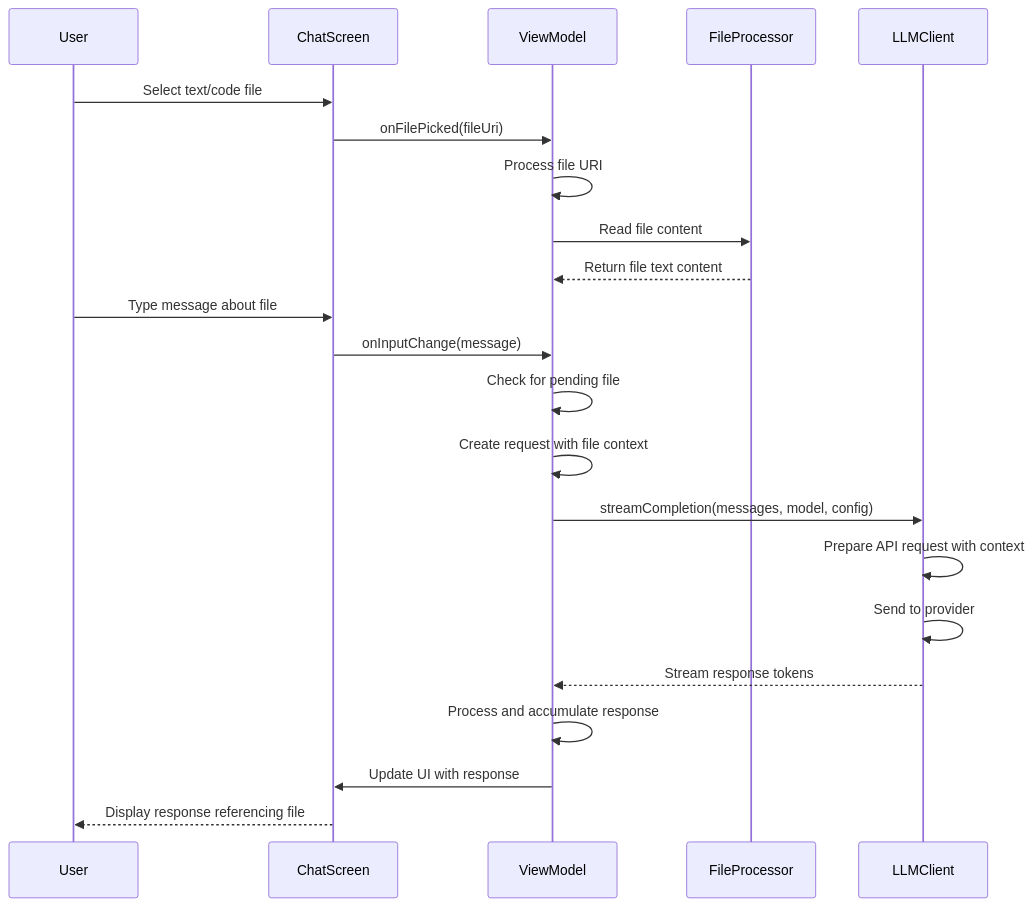
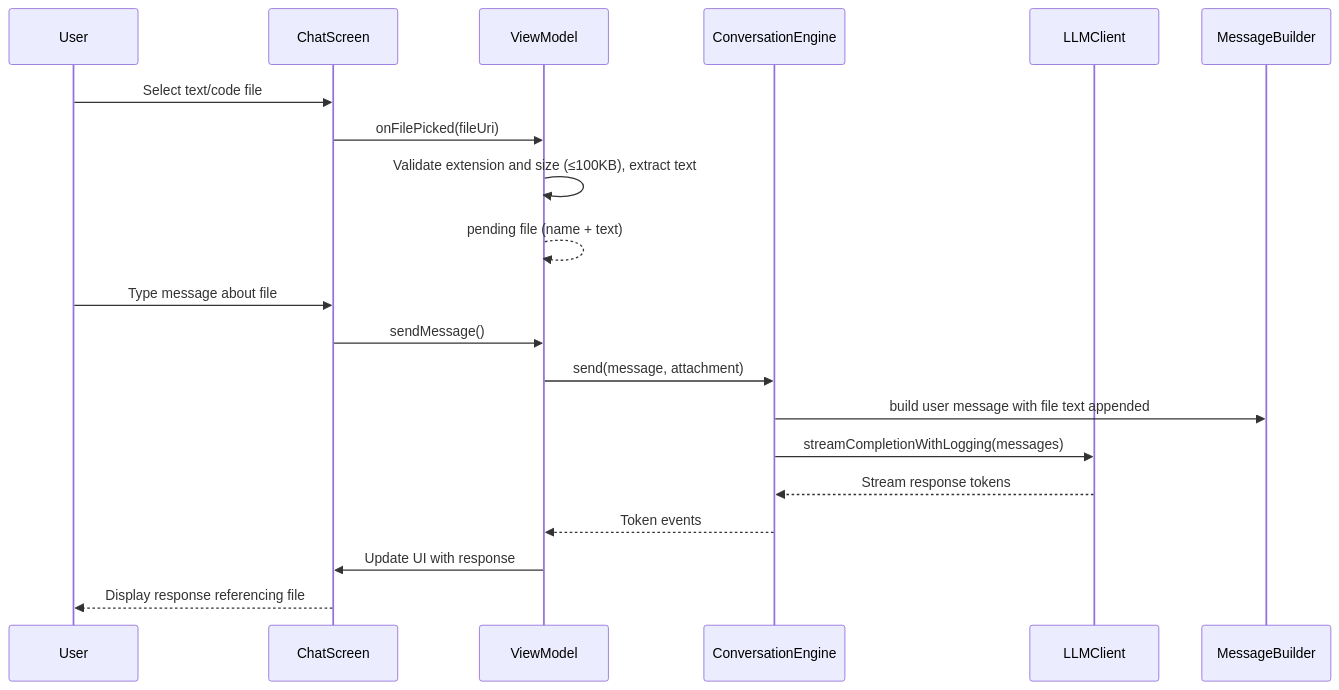
One commit to lehoang318/buddy changed the fifth of 11 diagrams in docs/seq_chat.md. Above: the diagram before and after it, drawn with Mermaid. The commit also changed other lines of this file and 11 other files, not shown here.

````diff
--- a/docs/seq_chat.md
+++ b/docs/seq_chat.md
@@ -144,25 +149,22 @@
 ```mermaid
 sequenceDiagram
     participant User
     participant ChatScreen
     participant ViewModel
-    participant FileProcessor
+    participant Engine as ConversationEngine
     participant LLMClient
 
     User->>ChatScreen: Select text/code file
     ChatScreen->>ViewModel: onFilePicked(fileUri)
-    ViewModel->>ViewModel: Process file URI
-    ViewModel->>FileProcessor: Read file content
-    FileProcessor-->>ViewModel: Return file text content
+    ViewModel->>ViewModel: Validate extension and size (≤100KB), extract text
+    ViewModel-->>ViewModel: pending file (name + text)
     User->>ChatScreen: Type message about file
-    ChatScreen->>ViewModel: onInputChange(message)
-    ViewModel->>ViewModel: Check for pending file
-    ViewModel->>ViewModel: Create request with file context
-    ViewModel->>LLMClient: streamCompletion(messages, model, config)
-    LLMClient->>LLMClient: Prepare API request with context
-    LLMClient->>LLMClient: Send to provider
-    LLMClient-->>ViewModel: Stream response tokens
-    ViewModel->>ViewModel: Process and accumulate response
+    ChatScreen->>ViewModel: sendMessage()
+    ViewModel->>Engine: send(message, attachment)
+    Engine->>MessageBuilder: build user message with file text appended
+    Engine->>LLMClient: streamCompletionWithLogging(messages)
+    LLMClient-->>Engine: Stream response tokens
+    Engine-->>ViewModel: Token events
     ViewModel->>ChatScreen: Update UI with response
     ChatScreen-->>User: Display response referencing file
 ```
````
